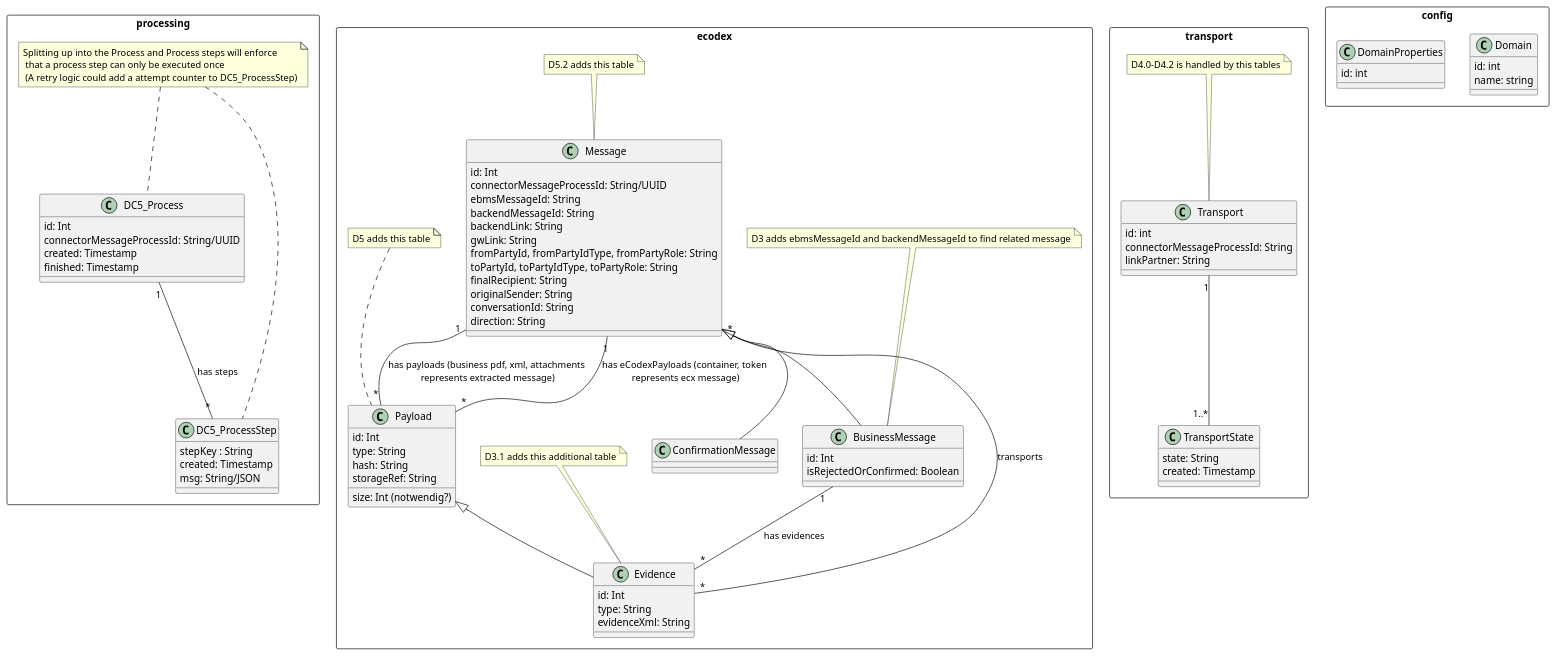
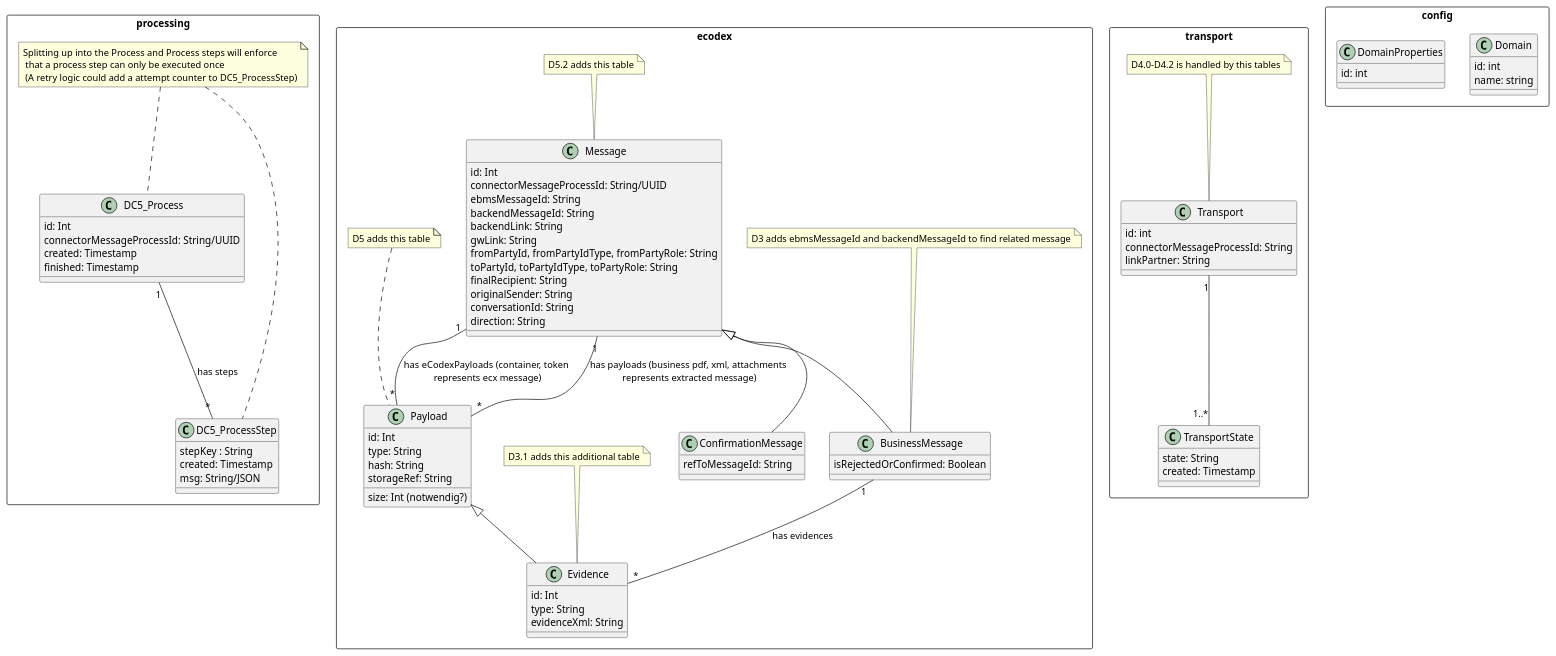
The diagram in domibusConnector/domibusConnectorDocumentation/src/asciidoc/doc/architecture/connector5/entity_items/data_model_draft.adoc (muell16/domibusConnector), drawn with PlantUML before and after one commit.

```diff
--- a/domibusConnector/domibusConnectorDocumentation/src/asciidoc/doc/architecture/connector5/entity_items/data_model_draft.adoc
+++ b/domibusConnector/domibusConnectorDocumentation/src/asciidoc/doc/architecture/connector5/entity_items/data_model_draft.adoc
@@ -133,14 +133,16 @@
 }
 
 class BusinessMessage {
-  id: Int
   isRejectedOrConfirmed: Boolean
+}
+
+class ConfirmationMessage {
+  refToMessageId: String
 }
 
 Message ^-- BusinessMessage
 Message ^-- ConfirmationMessage
 
-Message "*" -- "*" Evidence : transports
 
 Payload ^-- Evidence
 
```
